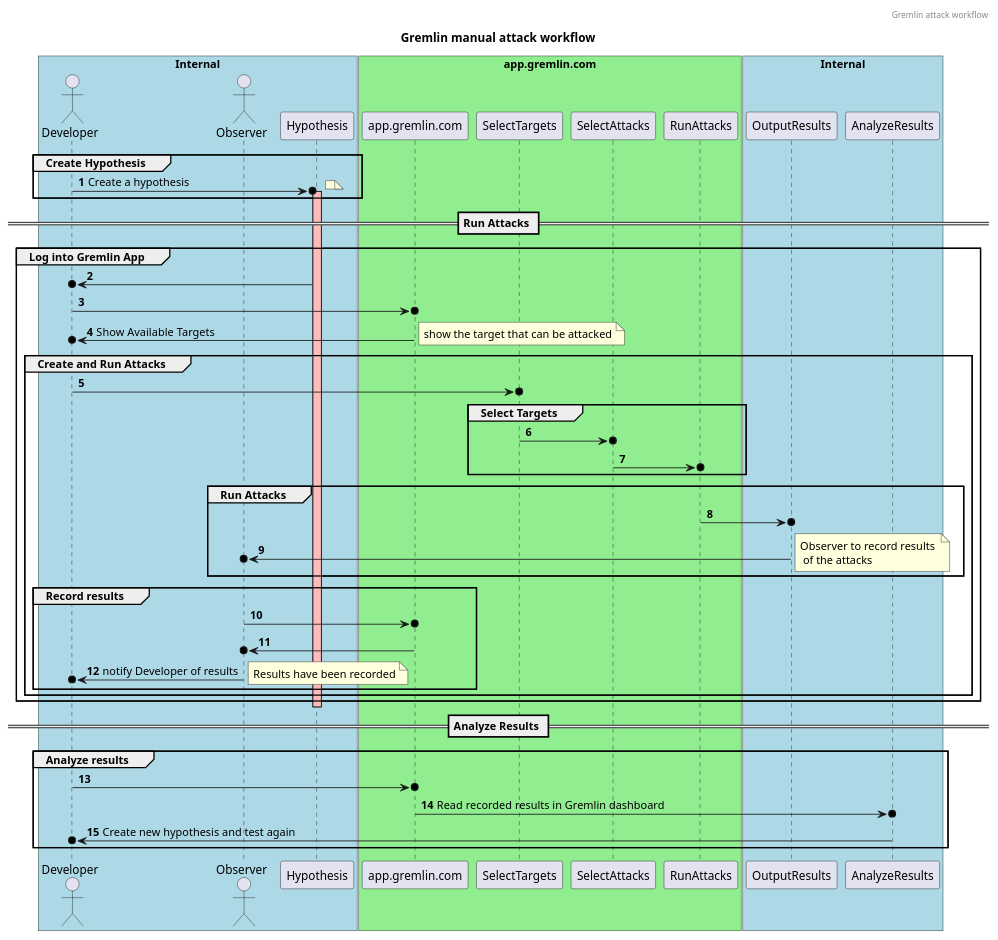
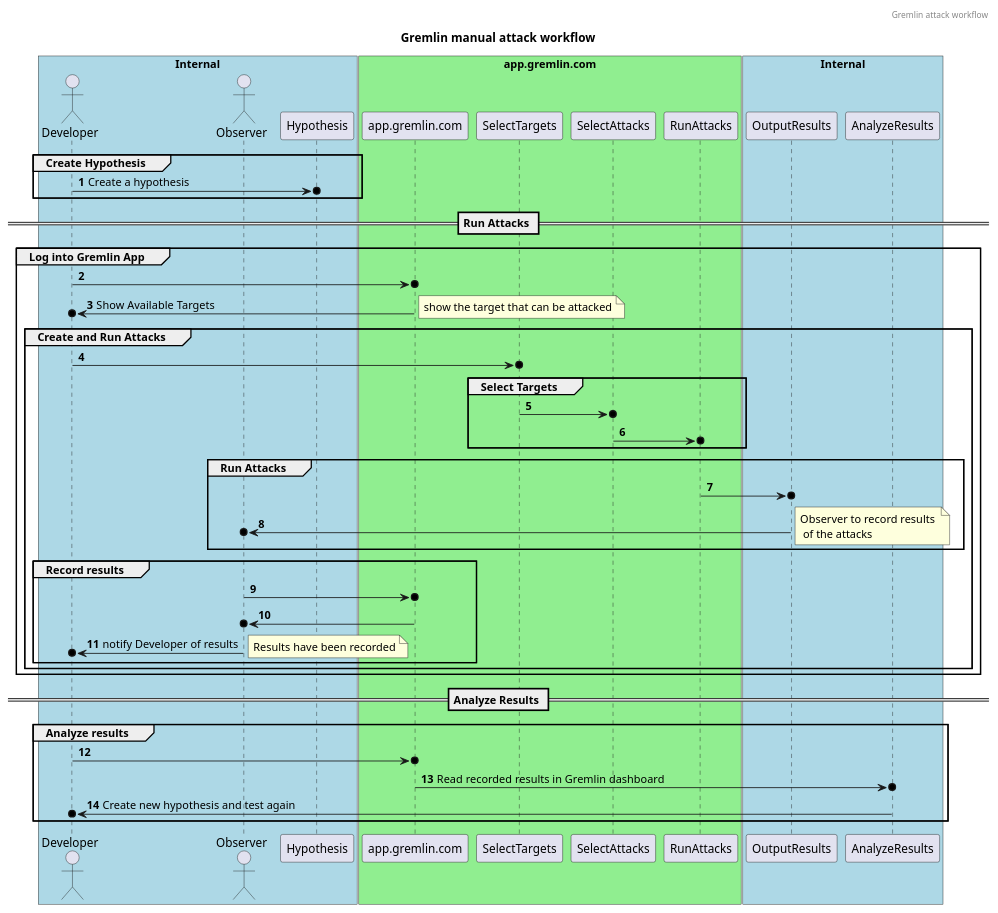
Before and after one commit to lindison/plantuml_stuff: the diagram in Gremlin/Gremlin_Attack.puml, drawn with PlantUML. The commit also changed 6 other files, not shown here.

Commit message:
Added customer intake diagram

```diff
--- a/Gremlin/Gremlin_Attack.puml
+++ b/Gremlin/Gremlin_Attack.puml
@@ -1,68 +1,66 @@
 @startuml
 
 header Gremlin attack workflow
 title Gremlin manual attack workflow
 autonumber
 actor Developer
 actor Observer
 box "Internal" #LightBlue
     participant Developer
     participant Observer
     participant Hypothesis
 end box
 
 group Create Hypothesis
     Developer ->o Hypothesis: Create a hypothesis
-    note right: 
-    Activate Hypothesis #FFBBBB
 end
+
 
 == Run Attacks ==
     group Log into Gremlin App 
-        Hypothesis ->o Developer
         Developer ->o app.gremlin.com 
         box "app.gremlin.com" #LightGreen
             participant app.gremlin.com
             participant SelectTargets
             participant SelectAttacks
             participant RunAttacks
         end box
         app.gremlin.com ->o Developer: Show Available Targets
         note right: show the target that can be attacked 
         group Create and Run Attacks
             Developer ->o SelectTargets
             group Select Targets
                 SelectTargets ->o SelectAttacks
                 SelectAttacks ->o RunAttacks
             end
 
             group Run Attacks
                 RunAttacks ->o OutputResults
                 OutputResults ->o Observer
                 note right: Observer to record results \n of the attacks
             end
 
             group Record results
                 Observer ->o app.gremlin.com
                 app.gremlin.com ->o Observer
-                Observer ->o Developer: notify Developer of results
+               {end} Observer ->o Developer: notify Developer of results
                 note right: Results have been recorded
             end
         end
     end
 
 
-deactivate Hypothesis
+ 
 == Analyze Results == 
 group Analyze results
     Developer ->o app.gremlin.com 
     app.gremlin.com ->o AnalyzeResults: Read recorded results in Gremlin dashboard
     AnalyzeResults ->o Developer: Create new hypothesis and test again
 end 
 
 box "Internal" #LightBlue
     participant OutputResults
     participant AnalyzeResults
 end box
 
 @enduml
```
